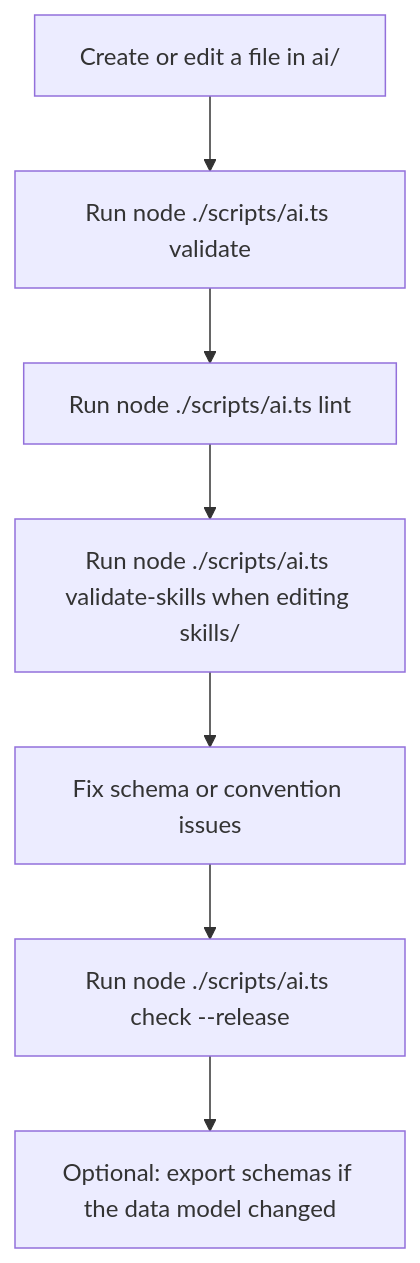
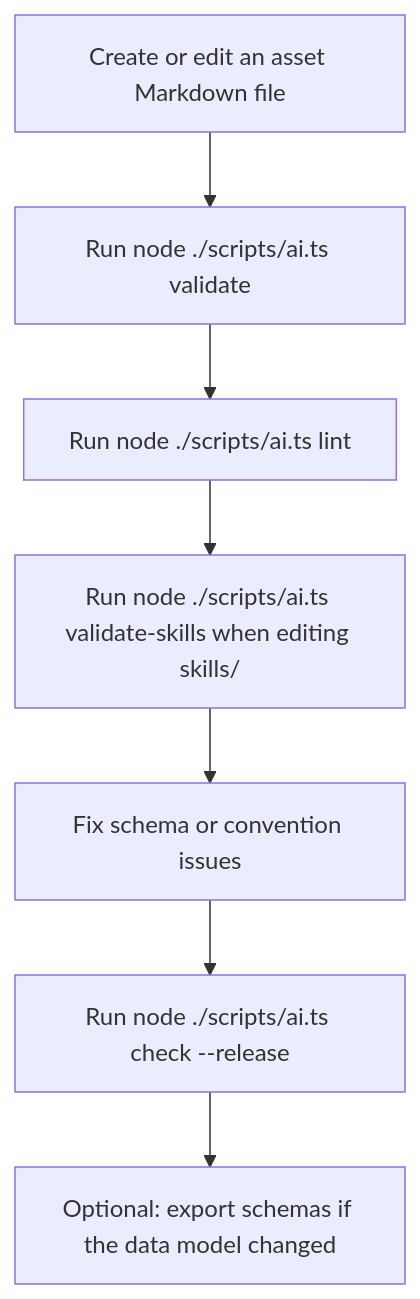
One commit to davidsneighbour/ai changed the second of 2 diagrams in ai/docs/repository-structure-and-features.md. Above: the diagram before and after it, drawn with Mermaid. The commit also changed other lines of this file and 35 other files, not shown here.

````diff
--- a/ai/docs/repository-structure-and-features.md
+++ b/ai/docs/repository-structure-and-features.md
@@ -423,9 +429,9 @@
 ```mermaid
 flowchart TD
-    A[Create or edit a file in ai/] --> B[Run node ./scripts/ai.ts validate]
+    A[Create or edit an asset Markdown file] --> B[Run node ./scripts/ai.ts validate]
     B --> C[Run node ./scripts/ai.ts lint]
     C --> D[Run node ./scripts/ai.ts validate-skills when editing skills/]
     D --> E[Fix schema or convention issues]
     E --> F[Run node ./scripts/ai.ts check --release]
     F --> G[Optional: export schemas if the data model changed]
 ```
````
